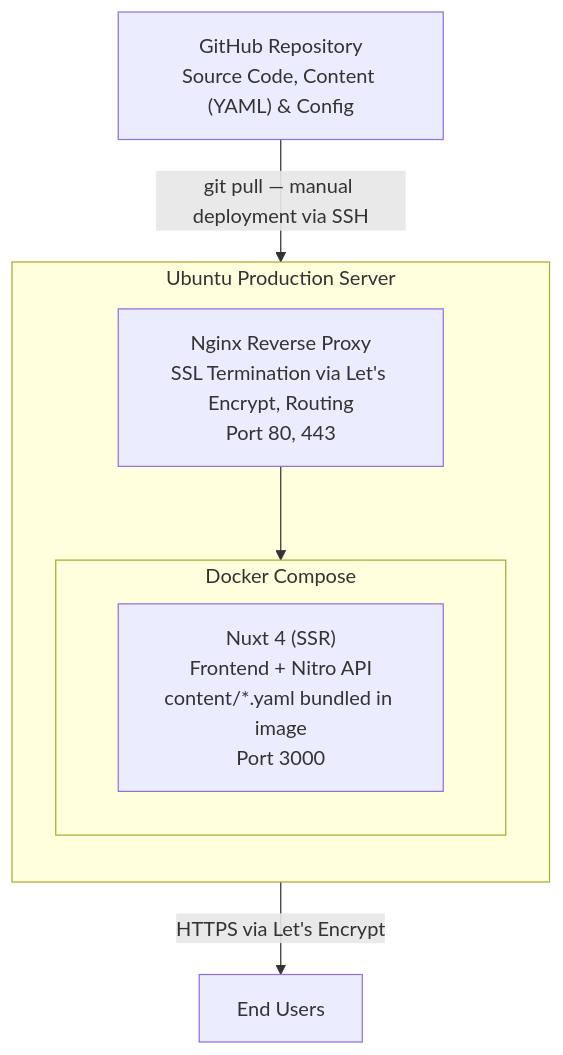
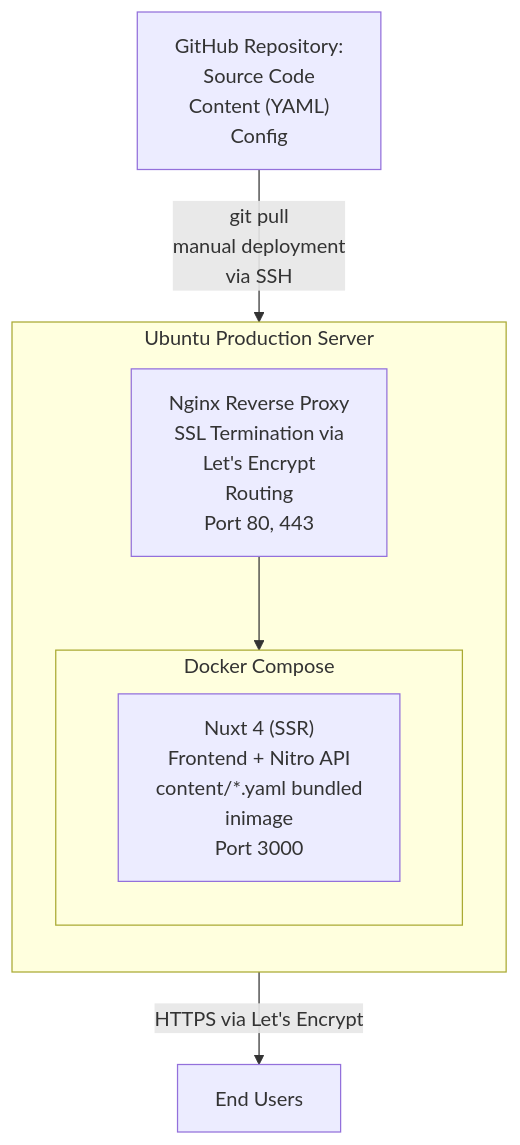
The diagram in README.md (cyrill-martin/kmapper.ch), drawn with Mermaid before and after one commit. The commit also changed 1 other file, not shown here.

Commit message:
Update README, .gitignore

````diff
--- a/README.md
+++ b/README.md
@@ -5,16 +5,16 @@
 ```mermaid
 flowchart TB
-    A["GitHub Repository<br/>Source Code, Content (YAML) &amp; Config"]
-    A -->|"git pull — manual deployment via SSH"| B
+    A["GitHub Repository:<br/>Source Code<br/>Content (YAML)<br/>Config"]
+    A -->|"git pull<br/>manual deployment<br/>via SSH"| B
 
     subgraph B["Ubuntu Production Server"]
         direction TB
-        C["Nginx Reverse Proxy<br/>SSL Termination via Let's Encrypt, Routing<br/>Port 80, 443"]
+        C["Nginx Reverse Proxy<br/>SSL Termination via<br/>Let's Encrypt<br/>Routing<br/>Port 80, 443"]
         subgraph D["Docker Compose"]
-            E["Nuxt 4 (SSR)<br/>Frontend + Nitro API<br/>content/*.yaml bundled in image<br/>Port 3000"]
+            E["Nuxt 4 (SSR)<br/>Frontend + Nitro API<br/>content/*.yaml bundled<br/>inimage<br/>Port 3000"]
         end
         C --> D
     end
 
     B -->|"HTTPS via Let's Encrypt"| F["End Users"]
 ```
````
